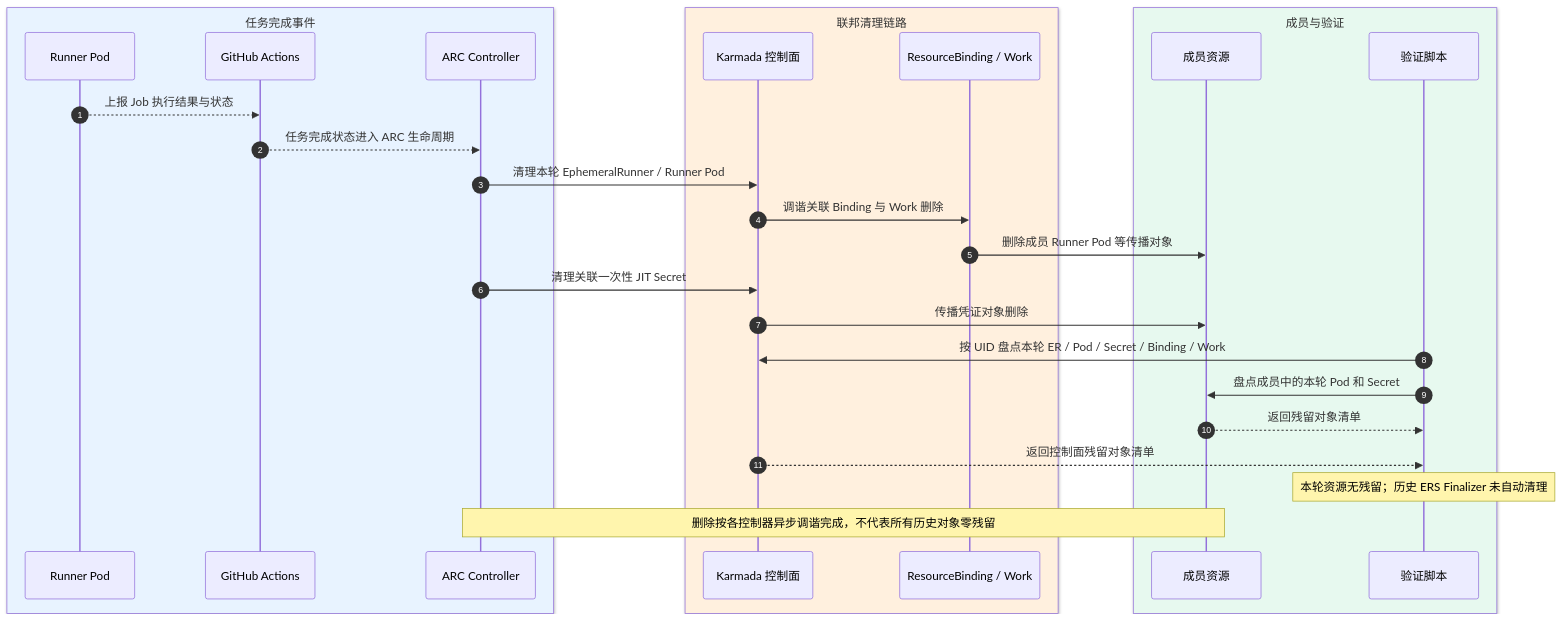
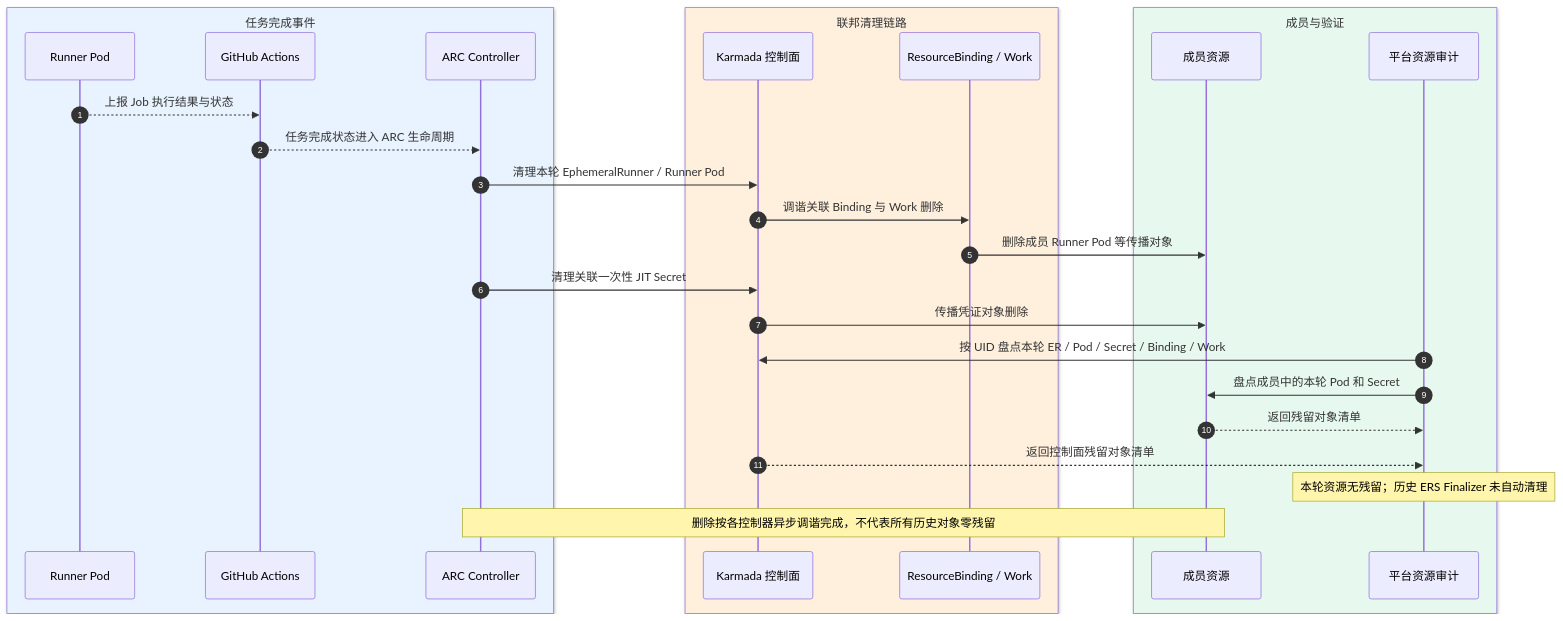
One commit to pkking/arc-karmada-test changed the seventh of 8 diagrams in docs/KARMADA-ARC-SUBSYSTEM-DESIGN.md. Above: the diagram before and after it, drawn with Mermaid. The commit also changed other lines of this file, not shown here.

````diff
--- a/docs/KARMADA-ARC-SUBSYSTEM-DESIGN.md
+++ b/docs/KARMADA-ARC-SUBSYSTEM-DESIGN.md
@@ -465,31 +465,31 @@
 ```mermaid
 sequenceDiagram
     autonumber
     box rgb(232,243,255) 任务完成事件
         participant Pod as Runner Pod
         participant GH as GitHub Actions
         participant ARC as ARC Controller
     end
     box rgb(255,240,222) 联邦清理链路
         participant API as Karmada 控制面
         participant BW as ResourceBinding / Work
     end
     box rgb(231,249,239) 成员与验证
         participant Member as 成员资源
-        participant Verify as 验证脚本
+        participant Verify as 平台资源审计
     end
 
     Pod-->>GH: 上报 Job 执行结果与状态
     GH-->>ARC: 任务完成状态进入 ARC 生命周期
     ARC->>API: 清理本轮 EphemeralRunner / Runner Pod
     API->>BW: 调谐关联 Binding 与 Work 删除
     BW->>Member: 删除成员 Runner Pod 等传播对象
     ARC->>API: 清理关联一次性 JIT Secret
     API->>Member: 传播凭证对象删除
     Verify->>API: 按 UID 盘点本轮 ER / Pod / Secret / Binding / Work
     Verify->>Member: 盘点成员中的本轮 Pod 和 Secret
     Member-->>Verify: 返回残留对象清单
     API-->>Verify: 返回控制面残留对象清单
     Note over Verify: 本轮资源无残留；历史 ERS Finalizer 未自动清理
     Note over ARC,Member: 删除按各控制器异步调谐完成，不代表所有历史对象零残留
 ```
````
